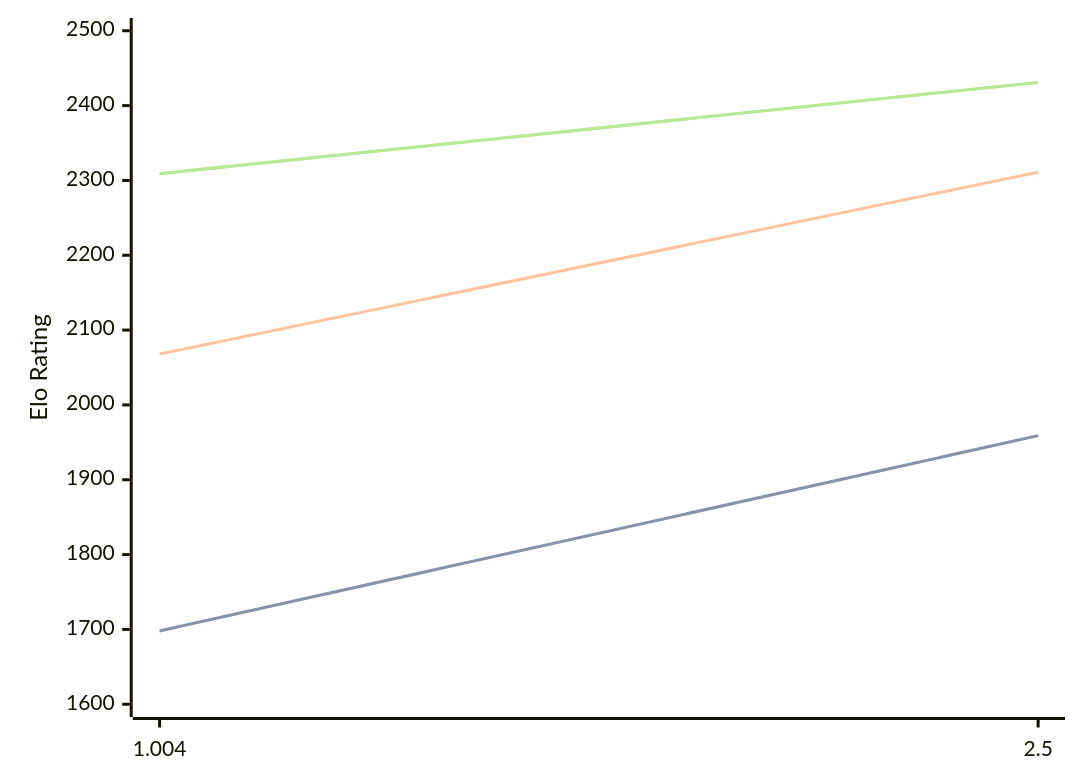
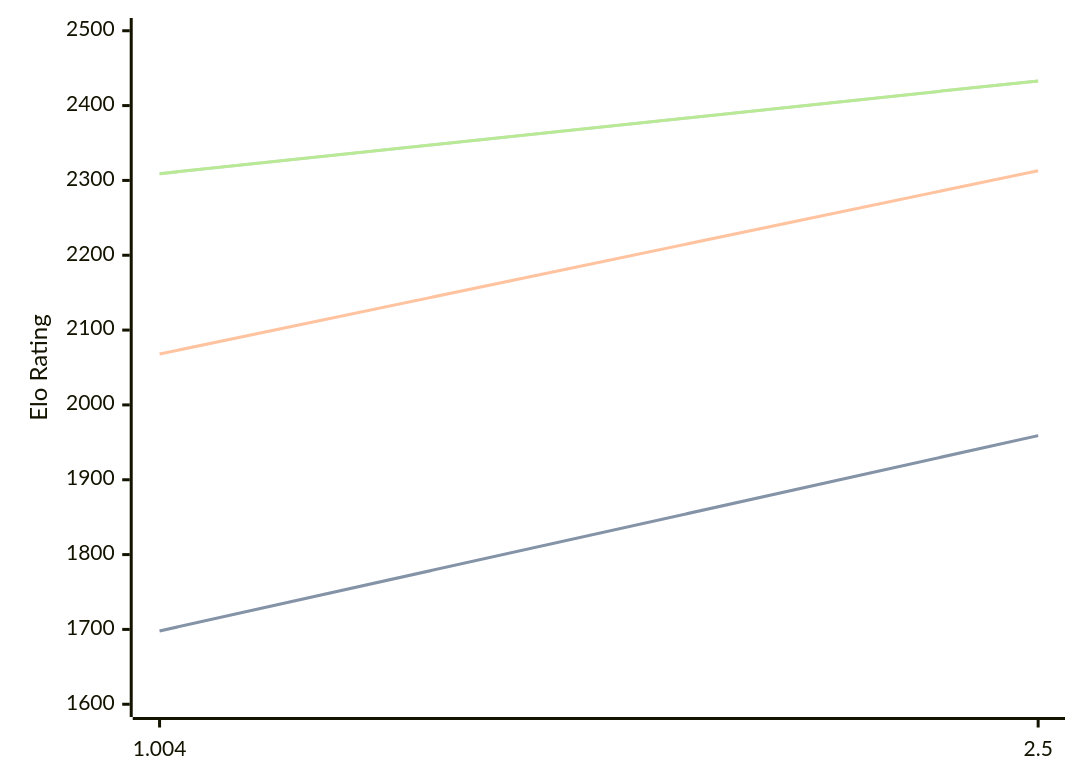
The diagram in engines/Ares.md (computer-chess-index/cci), drawn with Mermaid before and after one commit. The commit also changed other lines of this file, not shown here.

Commit message:
Update CCI Ratings (ELO VLTC) - 2026-06-11

````diff
--- a/engines/Ares.md
+++ b/engines/Ares.md
@@ -32,11 +32,11 @@
 ```mermaid
 %%{init: {"theme":"base","themeVariables":{"seriesColors:['#a3a3a3','#222221','#faa371']}}}%%
 xychart-beta
   x-axis ["1.004", "2.5"]
   y-axis "Elo Rating" 1600 --> 2500
   line "STC (8.0+0.08s)" [1698, 1959]
   line "STC (8.0+0.08s)" [1698, 1959]
-  line "LTC (60.0+0.60s)" [2068, 2311]
-  line "VLTC (2m24s+1.12s)" [2309, 2431]
-  line "VLTC (2m24s+1.12s)" [2309, 2431]
+  line "LTC (60.0+0.60s)" [2068, 2313]
+  line "VLTC (2m24s+1.12s)" [2309, 2433]
+  line "VLTC (2m24s+1.12s)" [2309, 2433]
 ```
````
